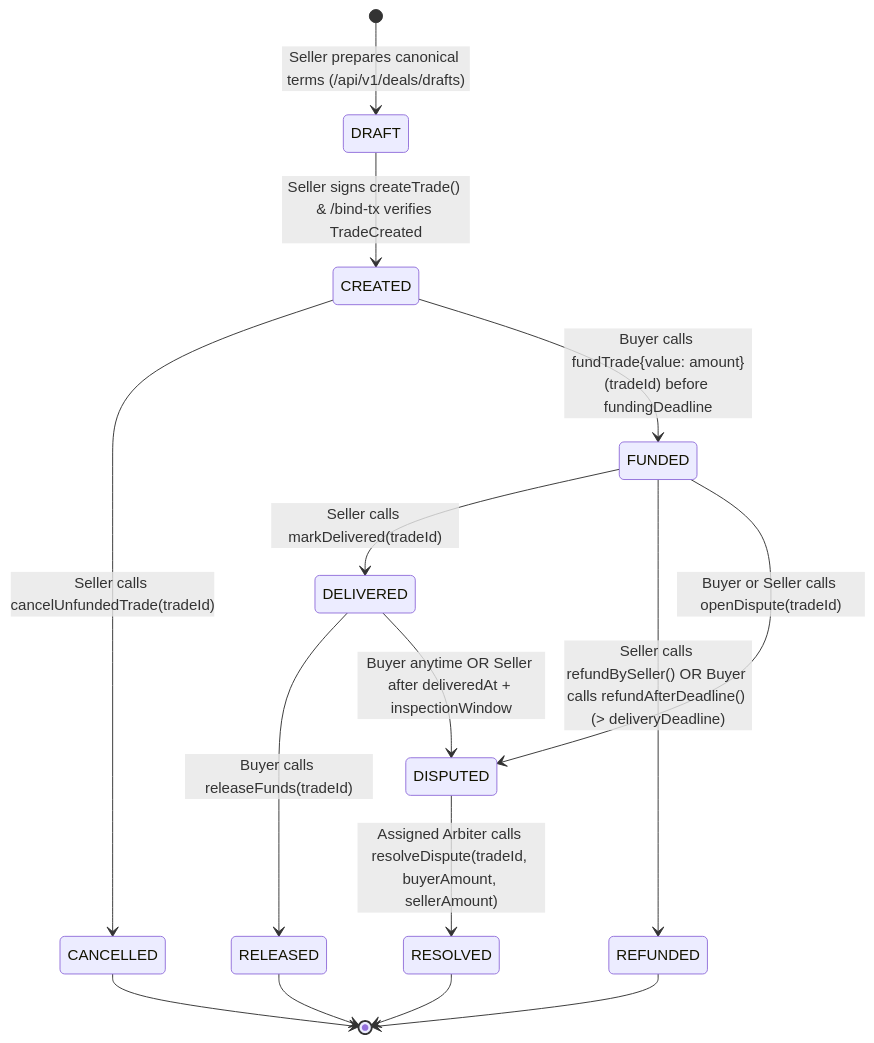
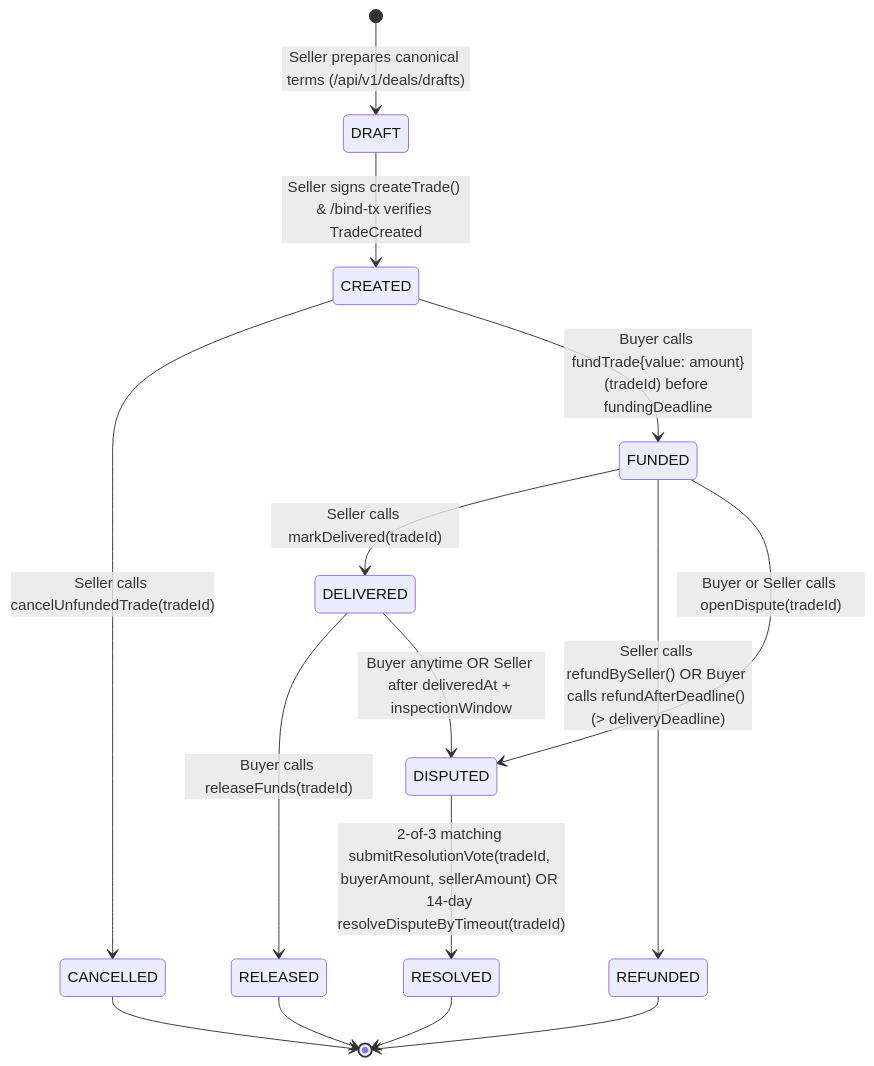
Before and after one commit to hienpham0344/SafeDeal: the diagram in docs/06-state-machines.md, drawn with Mermaid. The commit also changed other lines of this file and 17 other files, not shown here.

Commit message:
docs(seapp): align docs with rust/2-of-3 architecture and add seapp uit kit

````diff
--- a/docs/06-state-machines.md
+++ b/docs/06-state-machines.md
@@ -7,18 +7,18 @@
 ```mermaid
 stateDiagram-v2
     [*] --> DRAFT : Seller prepares canonical terms (/api/v1/deals/drafts)
     DRAFT --> CREATED : Seller signs createTrade() & /bind-tx verifies TradeCreated
     CREATED --> CANCELLED : Seller calls cancelUnfundedTrade(tradeId)
     CREATED --> FUNDED : Buyer calls fundTrade{value: amount}(tradeId) before fundingDeadline
     FUNDED --> DELIVERED : Seller calls markDelivered(tradeId)
     FUNDED --> REFUNDED : Seller calls refundBySeller() OR Buyer calls refundAfterDeadline() (> deliveryDeadline)
     FUNDED --> DISPUTED : Buyer or Seller calls openDispute(tradeId)
     DELIVERED --> RELEASED : Buyer calls releaseFunds(tradeId)
     DELIVERED --> DISPUTED : Buyer anytime OR Seller after deliveredAt + inspectionWindow
-    DISPUTED --> RESOLVED : Assigned Arbiter calls resolveDispute(tradeId, buyerAmount, sellerAmount)
+    DISPUTED --> RESOLVED : 2-of-3 matching submitResolutionVote(tradeId, buyerAmount, sellerAmount) OR 14-day resolveDisputeByTimeout(tradeId)
 
     CANCELLED --> [*]
     RELEASED --> [*]
     REFUNDED --> [*]
     RESOLVED --> [*]
 ```
````
